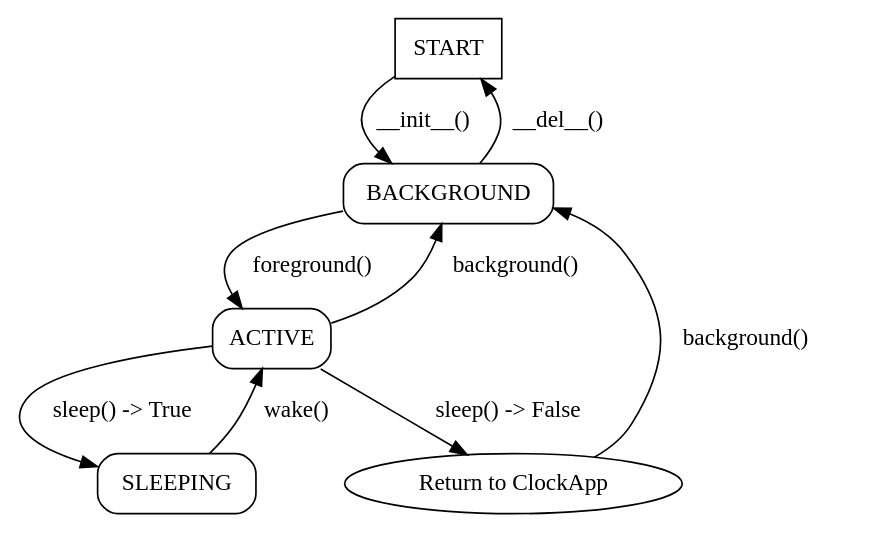
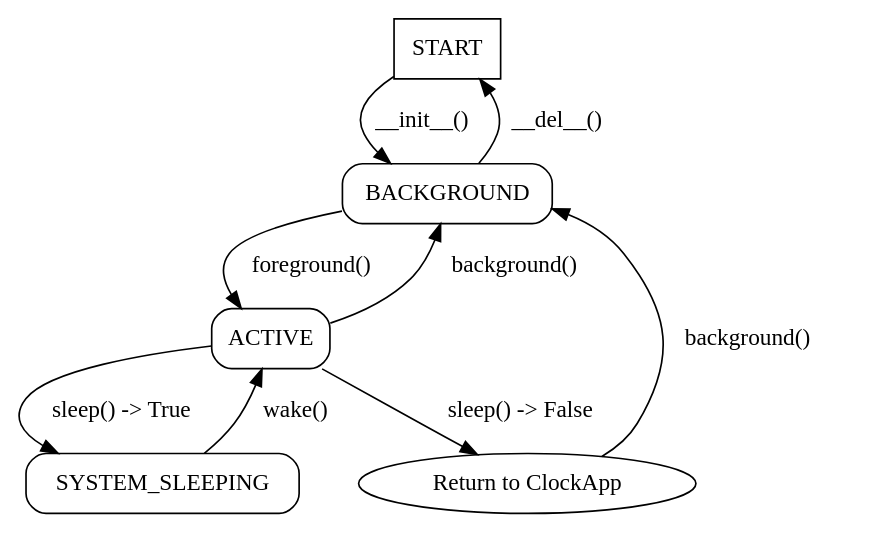
Before and after one commit to wasp-os/wasp-os: the diagram in docs/appguide.rst, drawn with Graphviz.

Commit message:
rename graph from sleeping to system_sleeping

```diff
--- a/docs/appguide.rst
+++ b/docs/appguide.rst
@@ -66,18 +66,18 @@
 .. graphviz::
 
     digraph lifecycle {
         START -> BACKGROUND [ label=" __init__()   " ];
         BACKGROUND -> START [ label=" __del__()   " ];
         BACKGROUND -> ACTIVE [ label=" foreground()   " ];
         ACTIVE -> BACKGROUND [ label=" background()   " ];
         ACTIVE -> RET_TO_CLOCK [ label=" sleep() -> False   " ];
         RET_TO_CLOCK -> BACKGROUND [ label=" background()   " ];
-        ACTIVE -> SLEEPING [ label=" sleep() -> True   " ];
-        SLEEPING -> ACTIVE [ label=" wake()   " ];
+        ACTIVE -> SYSTEM_SLEEPING [ label=" sleep() -> True   " ];
+        SYSTEM_SLEEPING -> ACTIVE [ label=" wake()   " ];
 
         START [ shape=box ];
         BACKGROUND [ shape=box, style=rounded ]
         ACTIVE [ shape=box, style=rounded ]
-        SLEEPING [ shape=box, style=rounded ]
+        SYSTEM_SLEEPING [ shape=box, style=rounded ]
         RET_TO_CLOCK [ label="Return to ClockApp" ];
     }
```
